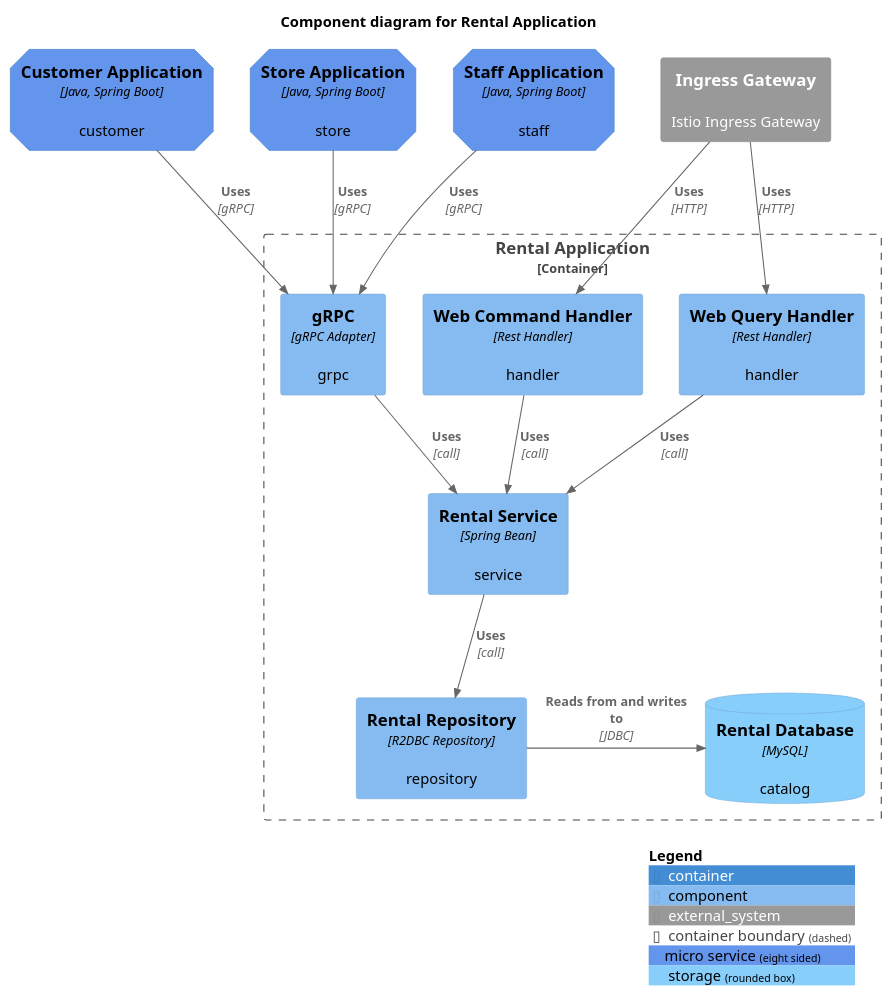
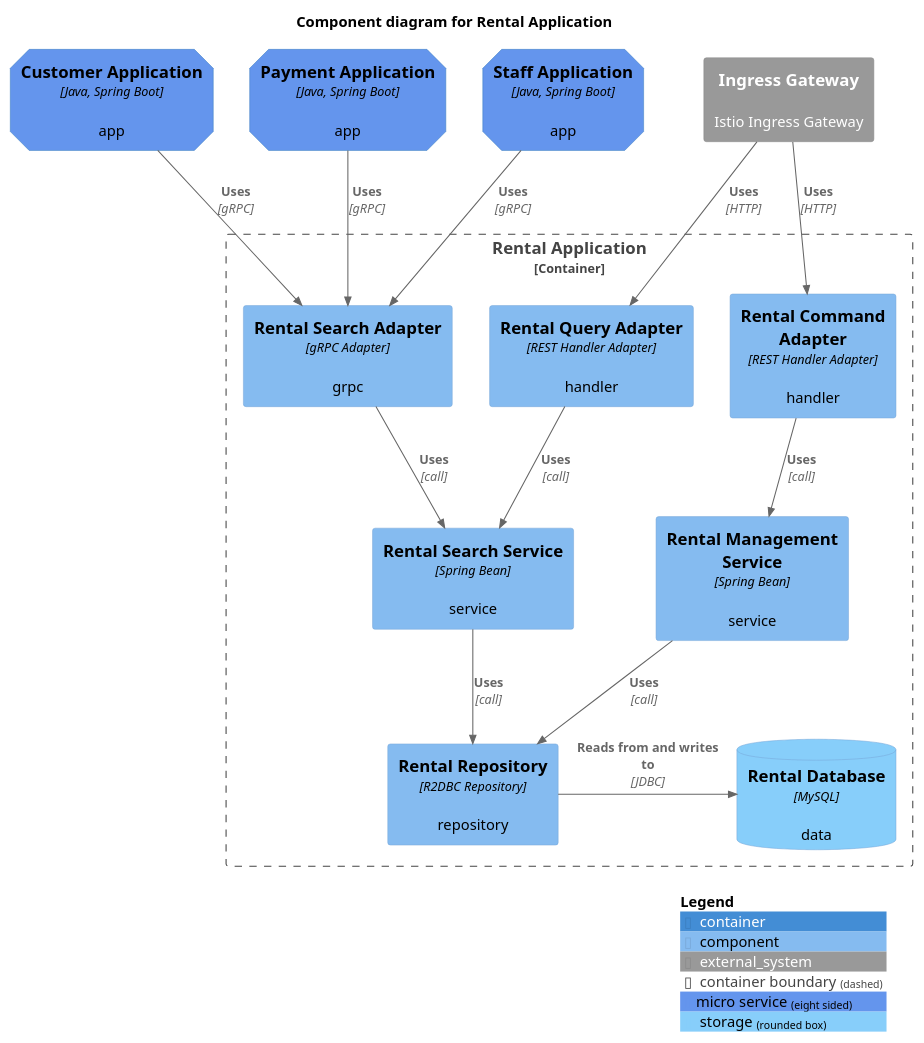
The diagram in diagram/component/rental-application.puml (codejsha/sakila-microservices), drawn with PlantUML before and after one commit. The commit also changed 16 other files, not shown here.

Commit message:
update diagrams

```diff
--- a/diagram/component/rental-application.puml
+++ b/diagram/component/rental-application.puml
@@ -1,36 +1,42 @@
 @startuml "rental-application"
 !include https://raw.githubusercontent.com/plantuml-stdlib/C4-PlantUML/master/C4_Component.puml
 
 AddElementTag("micro_service", $shape=EightSidedShape(), $bgColor="CornflowerBlue", $fontColor="black", $legendText="micro service\neight sided")
 AddElementTag("storage", $shape=RoundedBoxShape(), $bgColor="lightSkyBlue", $fontColor="black")
 
 title Component diagram for Rental Application
 
-Container(customer_app, "Customer Application", "Java, Spring Boot", "customer", $tags = "micro_service")
-Container(payment_app, "Store Application", "Java, Spring Boot", "store", $tags = "micro_service")
-Container(staff_app, "Staff Application", "Java, Spring Boot", "staff", $tags = "micro_service")
+Container(customer_app, "Customer Application", "Java, Spring Boot", "app", $tags = "micro_service")
+Container(payment_app, "Payment Application", "Java, Spring Boot", "app", $tags = "micro_service")
+Container(staff_app, "Staff Application", "Java, Spring Boot", "app", $tags = "micro_service")
 System_Ext(ingress_gateway, "Ingress Gateway", "Istio Ingress Gateway")
 
 Container_Boundary(rental_app, "Rental Application") {
-    Component(command_handler, "Web Command Handler", "Rest Handler", "handler")
-    Component(query_handler, "Web Query Handler", "Rest Handler", "handler")
-    Component(grpc, "gRPC", "gRPC Adapter", "grpc")
-    Component(rental_service, "Rental Service", "Spring Bean", "service")
+    Component(command_adapter, "Rental Command Adapter", "REST Handler Adapter", "handler")
+    Component(query_adapter, "Rental Query Adapter", "REST Handler Adapter", "handler")
+    Component(rental_search_adapter, "Rental Search Adapter", "gRPC Adapter", "grpc")
+
+    Component(rental_mgmt_service, "Rental Management Service", "Spring Bean", "service")
+    Component(rental_search_service, "Rental Search Service", "Spring Bean", "service")
     Component(rental_repository, "Rental Repository", "R2DBC Repository", "repository")
-    ComponentDb(rental_db, "Rental Database", "MySQL", "catalog", $tags = "storage")
 
-    Rel(command_handler, rental_service, "Uses", "call")
-    Rel(query_handler, rental_service, "Uses", "call")
-    Rel(rental_service, rental_repository, "Uses", "call")
-    Rel(grpc, rental_service, "Uses", "call")
+    ComponentDb(rental_db, "Rental Database", "MySQL", "data", $tags = "storage")
+
+    Rel(command_adapter, rental_mgmt_service, "Uses", "call")
+    Rel(query_adapter, rental_search_service, "Uses", "call")
+    Rel(rental_search_adapter, rental_search_service, "Uses", "call")
+
+    Rel(rental_mgmt_service, rental_repository, "Uses", "call")
+    Rel(rental_search_service, rental_repository, "Uses", "call")
+
     Rel_R(rental_repository, rental_db, "Reads from and writes to", "JDBC")
 }
 
-Rel(customer_app, grpc, "Uses", "gRPC")
-Rel(payment_app, grpc, "Uses", "gRPC")
-Rel(staff_app, grpc, "Uses", "gRPC")
-Rel(ingress_gateway, command_handler, "Uses", "HTTP")
-Rel(ingress_gateway, query_handler, "Uses", "HTTP")
+Rel(customer_app, rental_search_adapter, "Uses", "gRPC")
+Rel(payment_app, rental_search_adapter, "Uses", "gRPC")
+Rel(staff_app, rental_search_adapter, "Uses", "gRPC")
+Rel(ingress_gateway, command_adapter, "Uses", "HTTP")
+Rel(ingress_gateway, query_adapter, "Uses", "HTTP")
 
 SHOW_LEGEND()
 @enduml
```
